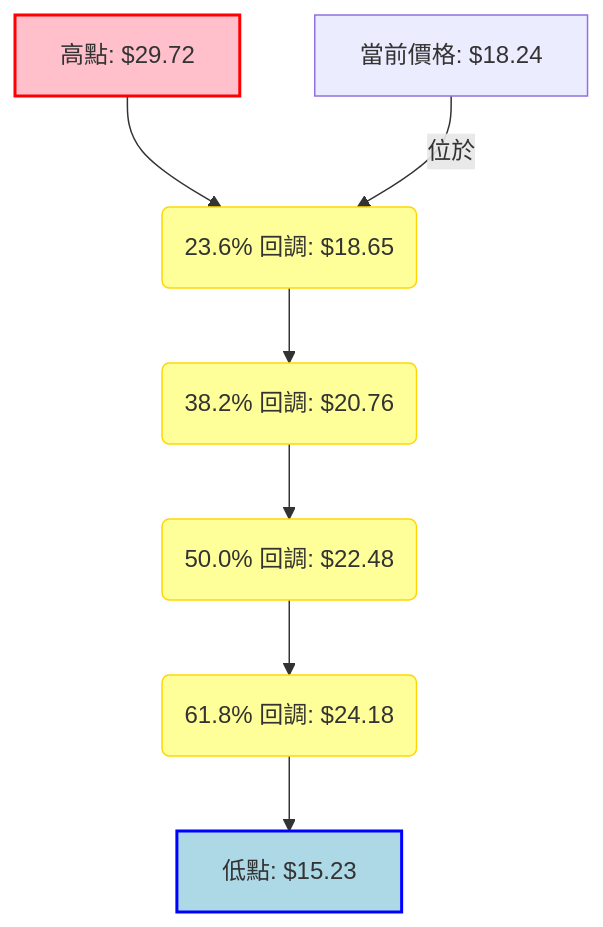
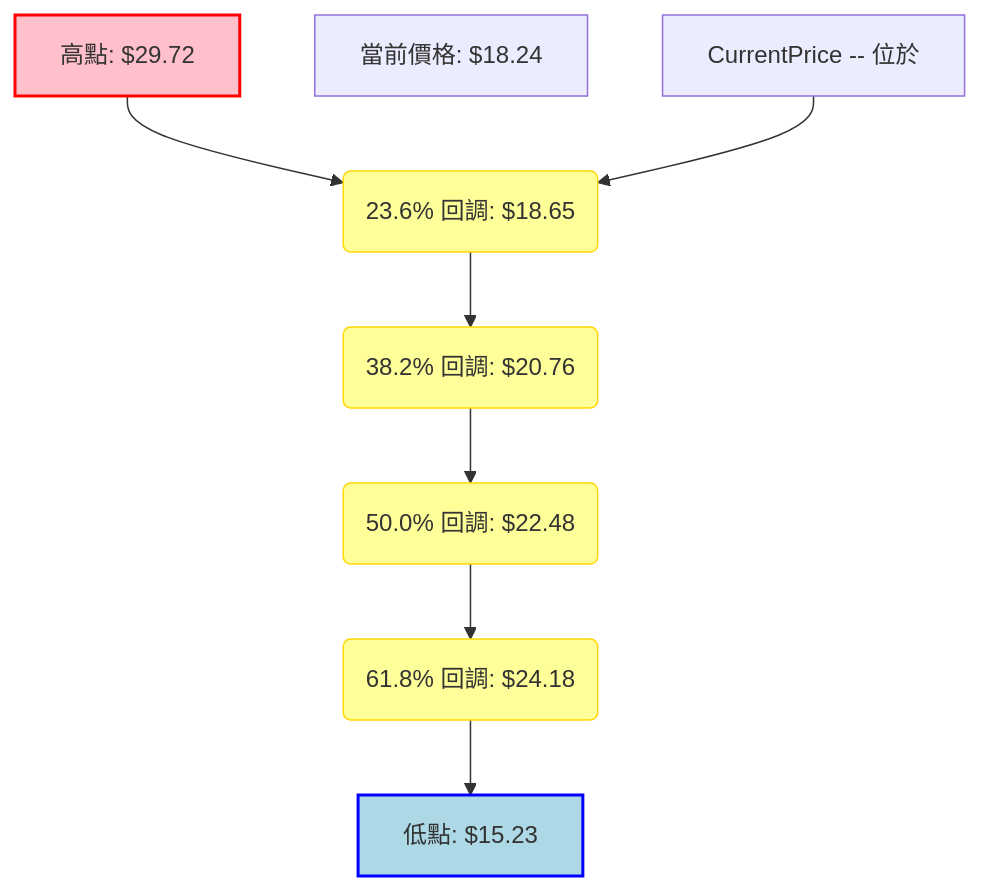
One commit to yennanliu/finance_data changed the fifth of 11 diagrams in ai_gen_report/stock/sofi/technical_analysis_2026-07-05_gemini.md. Above: the diagram before and after it, drawn with Mermaid. The commit also changed other lines of this file and 2258 other files, not shown here.

First line of the commit message:
chore: backfill Mermaid syntax repair across existing reports

````diff
--- a/ai_gen_report/stock/sofi/technical_analysis_2026-07-05_gemini.md
+++ b/ai_gen_report/stock/sofi/technical_analysis_2026-07-05_gemini.md
@@ -379,18 +379,18 @@
 ```mermaid
 graph TD
-    A[高點: $29.72] --> B(23.6% 回調: $18.65)
-    B --> C(38.2% 回調: $20.76)
-    C --> D(50.0% 回調: $22.48)
-    D --> E(61.8% 回調: $24.18)
-    E --> F[低點: $15.23]
+    A["高點: $29.72"] --> B("23.6% 回調: $18.65")
+    B --> C("38.2% 回調: $20.76")
+    C --> D("50.0% 回調: $22.48")
+    D --> E("61.8% 回調: $24.18")
+    E --> F["低點: $15.23"]
 
     style A fill:#FFC0CB,stroke:#FF0000,stroke-width:2px
     style F fill:#ADD8E6,stroke:#0000FF,stroke-width:2px
     style B fill:#FFFF99,stroke:#FFD700
     style C fill:#FFFF99,stroke:#FFD700
     style D fill:#FFFF99,stroke:#FFD700
     style E fill:#FFFF99,stroke:#FFD700
 
-    CurrentPrice[當前價格: $18.24]
-    CurrentPrice -- 位於 --> B
+    CurrentPrice["當前價格: $18.24"]
+    nb1["CurrentPrice -- 位於"] --> B
 ```
````
